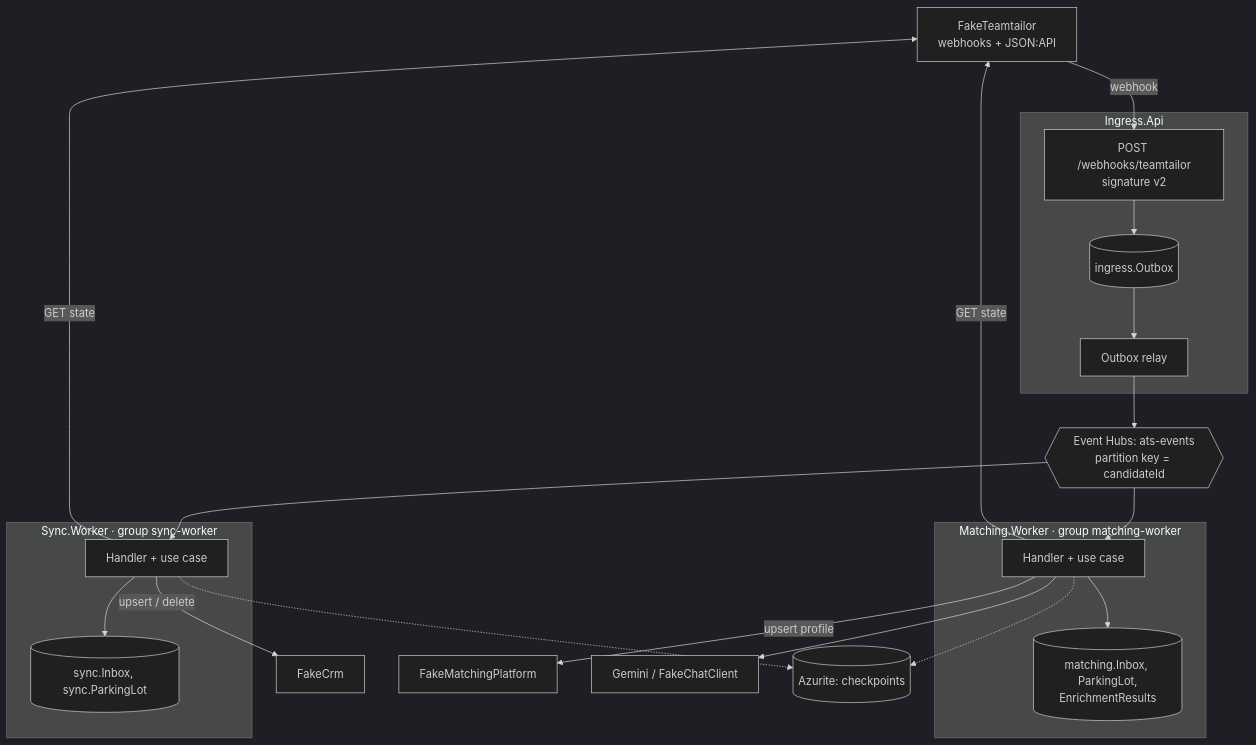
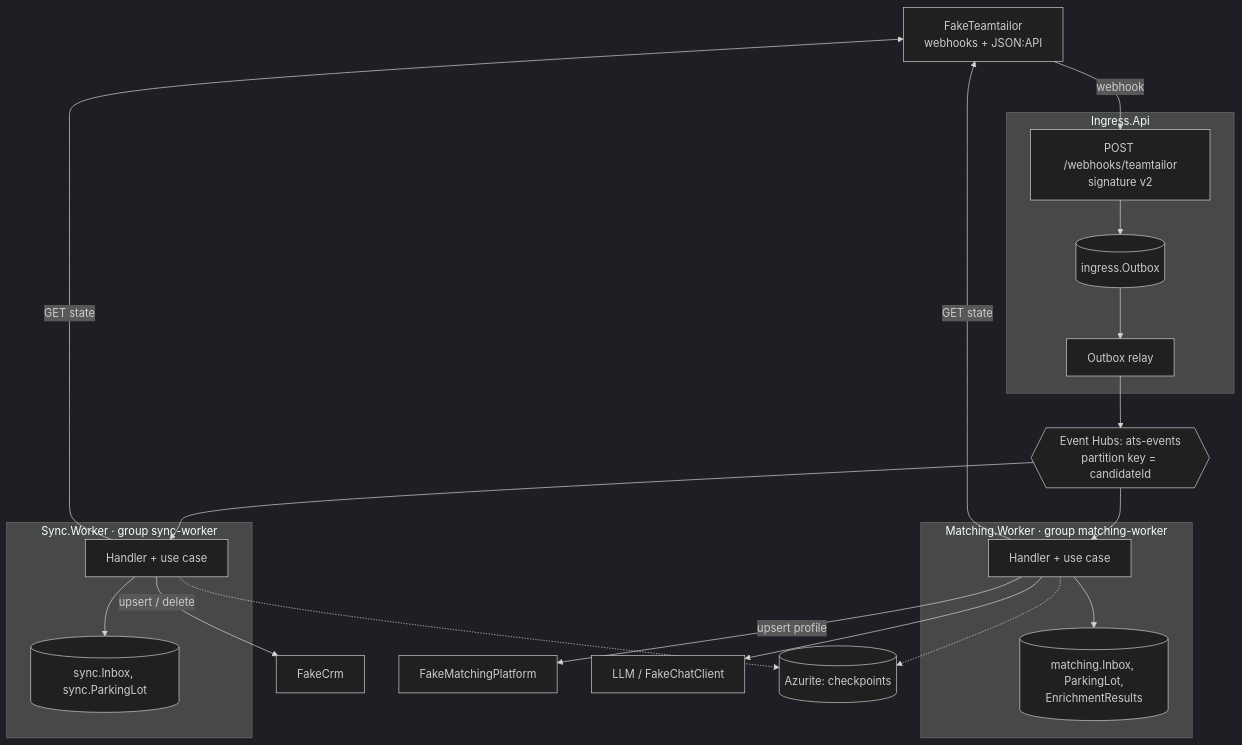
One commit to wcislom/TalentSync changed the first of 3 diagrams in docs/diagrams.md. Above: the diagram before and after it, drawn with Mermaid (dark theme). The commit also changed other lines of this file and 16 other files, not shown here.

````diff
--- a/docs/diagrams.md
+++ b/docs/diagrams.md
@@ -8,35 +8,35 @@
 ```mermaid
 flowchart TB
   tt["FakeTeamtailor<br/>webhooks + JSON:API"]
   subgraph ing["Ingress.Api"]
     ep["POST /webhooks/teamtailor<br/>signature v2"]
     outbox[("ingress.Outbox")]
     relay["Outbox relay"]
   end
   eh{{"Event Hubs: ats-events<br/>partition key = candidateId"}}
   subgraph sync["Sync.Worker · group sync-worker"]
     sh["Handler + use case"]
     sdb[("sync.Inbox, sync.ParkingLot")]
   end
   subgraph mat["Matching.Worker · group matching-worker"]
     mh["Handler + use case"]
     mdb[("matching.Inbox, ParkingLot,<br/>EnrichmentResults")]
   end
   crm["FakeCrm"]
   mp["FakeMatchingPlatform"]
-  llm["Gemini / FakeChatClient"]
+  llm["LLM / FakeChatClient"]
   blob[("Azurite: checkpoints")]
 
   tt -->|webhook| ep --> outbox --> relay --> eh
   eh --> sh
   eh --> mh
   sh -->|GET state| tt
   mh -->|GET state| tt
   sh --> sdb
   sh -->|upsert / delete| crm
   mh --> mdb
   mh --> llm
   mh -->|upsert profile| mp
   sh -.-> blob
   mh -.-> blob
 ```
````
